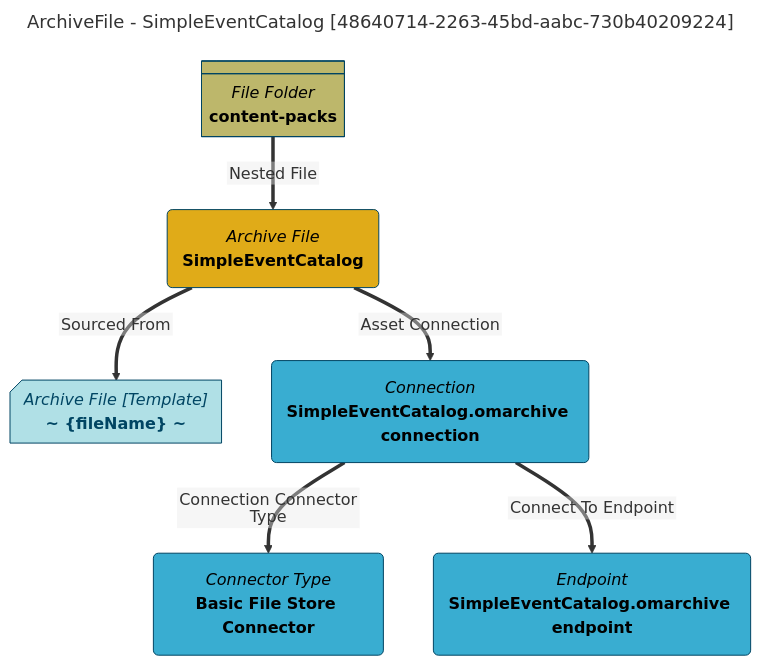
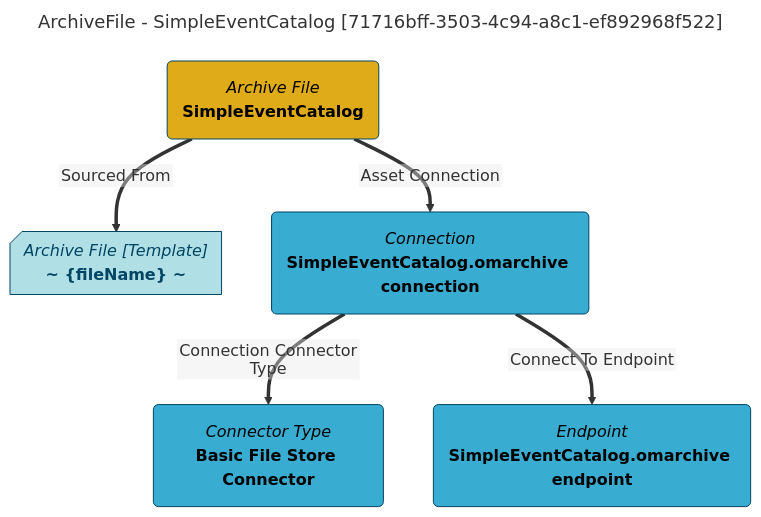
Before and after one commit to odpi/egeria-docs: the diagram in site/snippets/data-assets/simpleeventcatalog-mermaid-graph.md, drawn with Mermaid. The commit also changed 2201 other files, not shown here.

````diff
--- a/site/snippets/data-assets/simpleeventcatalog-mermaid-graph.md
+++ b/site/snippets/data-assets/simpleeventcatalog-mermaid-graph.md
@@ -1,31 +1,27 @@
 ```mermaid
 ---
-title: ArchiveFile - SimpleEventCatalog [48640714-2263-45bd-aabc-730b40209224]
+title: ArchiveFile - SimpleEventCatalog [71716bff-3503-4c94-a8c1-ef892968f522]
 ---
 flowchart TD
 %%{init: {"flowchart": {"htmlLabels": false}} }%%
 
 1@{ shape: rounded, label: "*Archive File*
 **SimpleEventCatalog**"}
 2@{ shape: card, label: "*Archive File [Template]*
 **~ {fileName} ~**"}
 1==>|"Sourced From"|2
 3@{ shape: rounded, label: "*Connection*
 **SimpleEventCatalog.omarchive connection**"}
 1==>|"Asset Connection"|3
 4@{ shape: rounded, label: "*Connector Type*
 **Basic File Store Connector**"}
 3==>|"Connection Connector Type"|4
 5@{ shape: rounded, label: "*Endpoint*
 **SimpleEventCatalog.omarchive endpoint**"}
 3==>|"Connect To Endpoint"|5
-6@{ shape: div-rect, label: "*File Folder*
-**content-packs**"}
-6==>|"Nested File"|1
 style 1 color:#000000, fill:#e0ab18, stroke:#004563
 style 2 color:#004563, fill:#b0e0e6, stroke:#004563
 style 3 color:#000000, fill:#39add1, stroke:#004563
 style 4 color:#000000, fill:#39add1, stroke:#004563
 style 5 color:#000000, fill:#39add1, stroke:#004563
-style 6 color:#000000, fill:#bdb76b, stroke:#004563
 ```
````
